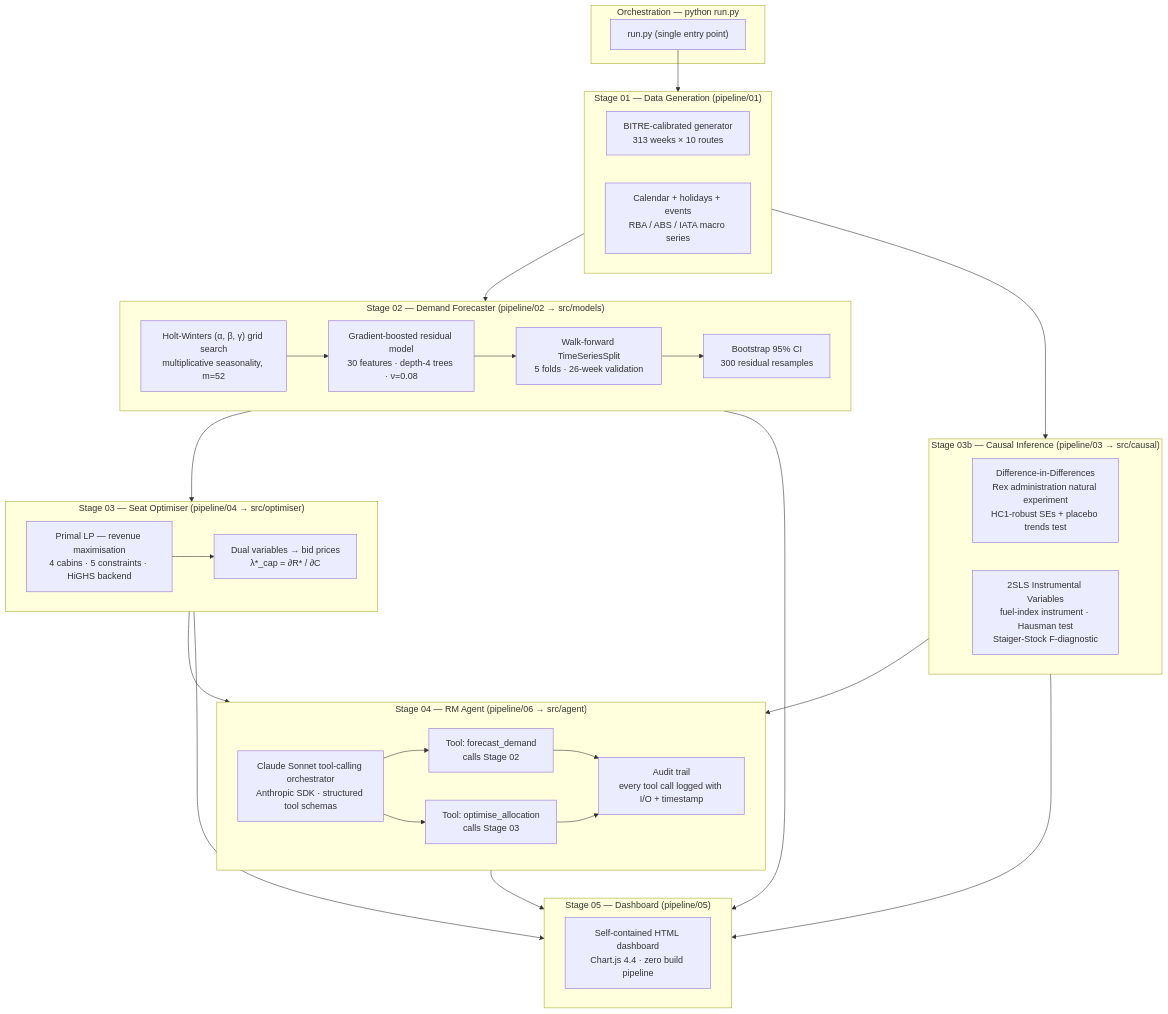
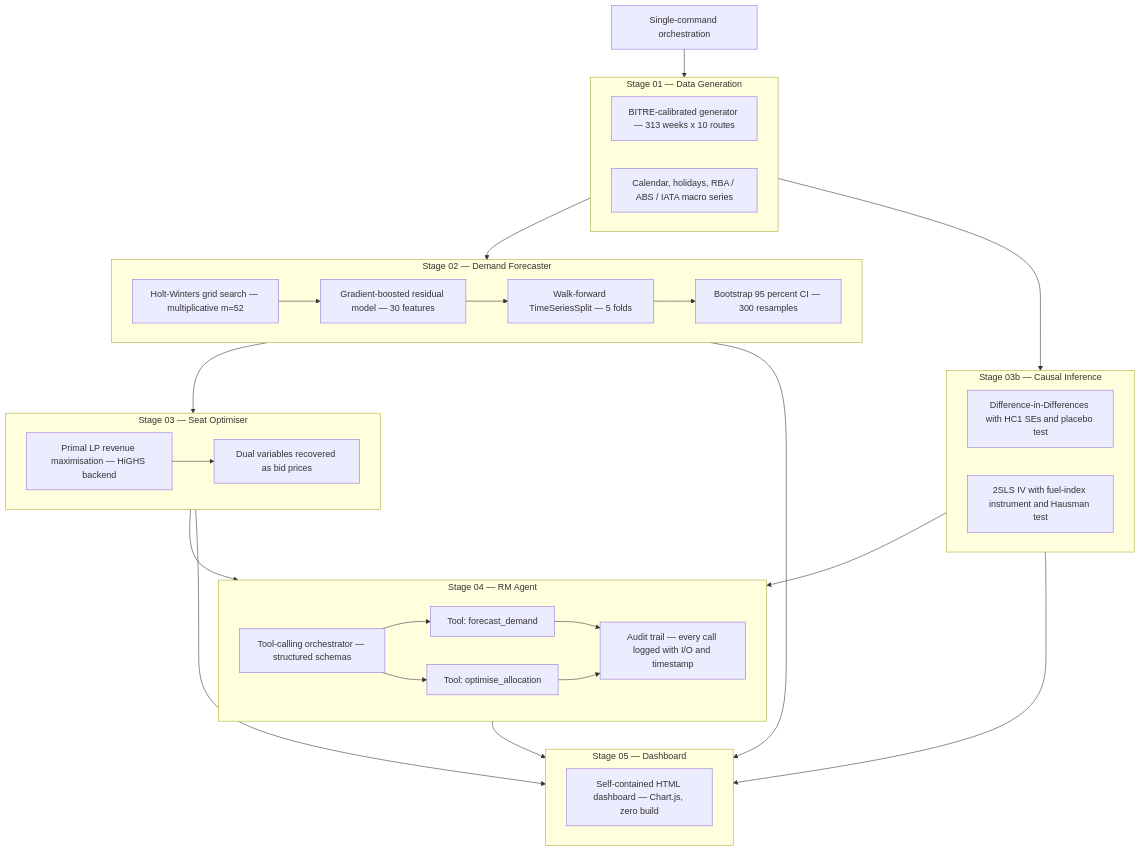
One commit to RameshSTA/apex changed the first of 3 diagrams in README.md. Above: the diagram before and after it, drawn with Mermaid. The commit also changed other lines of this file, not shown here.

Commit message:
docs: fix mermaid rendering and polish README

````diff
--- a/README.md
+++ b/README.md
@@ -156,52 +156,54 @@
 ```mermaid
 graph TB
-    subgraph PIPELINE["Orchestration — python run.py"]
-        RUN["run.py (single entry point)"]
+    RUN["Single-command orchestration"]
+
+    subgraph DATA["Stage 01 — Data Generation"]
+        GEN["BITRE-calibrated generator — 313 weeks x 10 routes"]
+        CAL["Calendar, holidays, RBA / ABS / IATA macro series"]
     end
 
-    subgraph DATA["Stage 01 — Data Generation (pipeline/01)"]
-        GEN["BITRE-calibrated generator<br/>313 weeks × 10 routes"]
-        CAL["Calendar + holidays + events<br/>RBA / ABS / IATA macro series"]
-    end
-
-    subgraph ML["Stage 02 — Demand Forecaster (pipeline/02 → src/models)"]
-        HW["Holt-Winters (α, β, γ) grid search<br/>multiplicative seasonality, m=52"]
-        GBT["Gradient-boosted residual model<br/>30 features · depth-4 trees · ν=0.08"]
-        CV["Walk-forward TimeSeriesSplit<br/>5 folds · 26-week validation"]
-        BOOT["Bootstrap 95% CI<br/>300 residual resamples"]
+    subgraph ML["Stage 02 — Demand Forecaster"]
+        HW["Holt-Winters grid search — multiplicative m=52"]
+        GBT["Gradient-boosted residual model — 30 features"]
+        CV["Walk-forward TimeSeriesSplit — 5 folds"]
+        BOOT["Bootstrap 95 percent CI — 300 resamples"]
         HW --> GBT --> CV --> BOOT
     end
 
-    subgraph OPT["Stage 03 — Seat Optimiser (pipeline/04 → src/optimiser)"]
-        LP["Primal LP — revenue maximisation<br/>4 cabins · 5 constraints · HiGHS backend"]
-        DUAL["Dual variables → bid prices<br/>λ*_cap = ∂R* / ∂C"]
+    subgraph OPT["Stage 03 — Seat Optimiser"]
+        LP["Primal LP revenue maximisation — HiGHS backend"]
+        DUAL["Dual variables recovered as bid prices"]
         LP --> DUAL
     end
 
-    subgraph CI["Stage 03b — Causal Inference (pipeline/03 → src/causal)"]
-        DID["Difference-in-Differences<br/>Rex administration natural experiment<br/>HC1-robust SEs + placebo trends test"]
-        IV["2SLS Instrumental Variables<br/>fuel-index instrument · Hausman test<br/>Staiger-Stock F-diagnostic"]
+    subgraph CI["Stage 03b — Causal Inference"]
+        DID["Difference-in-Differences with HC1 SEs and placebo test"]
+        IV["2SLS IV with fuel-index instrument and Hausman test"]
     end
 
-    subgraph AGT["Stage 04 — RM Agent (pipeline/06 → src/agent)"]
-        SON["Claude Sonnet tool-calling orchestrator<br/>Anthropic SDK · structured tool schemas"]
-        T1["Tool: forecast_demand<br/>calls Stage 02"]
-        T2["Tool: optimise_allocation<br/>calls Stage 03"]
-        LOG["Audit trail<br/>every tool call logged with I/O + timestamp"]
-        SON --> T1 & T2 --> LOG
+    subgraph AGT["Stage 04 — RM Agent"]
+        SON["Tool-calling orchestrator — structured schemas"]
+        T1["Tool: forecast_demand"]
+        T2["Tool: optimise_allocation"]
+        LOG["Audit trail — every call logged with I/O and timestamp"]
+        SON --> T1
+        SON --> T2
+        T1 --> LOG
+        T2 --> LOG
     end
 
-    subgraph DASH["Stage 05 — Dashboard (pipeline/05)"]
-        HTML["Self-contained HTML dashboard<br/>Chart.js 4.4 · zero build pipeline"]
+    subgraph DASH["Stage 05 — Dashboard"]
+        HTML["Self-contained HTML dashboard — Chart.js, zero build"]
     end
 
     RUN --> DATA
-    DATA --> ML & CI
+    DATA --> ML
+    DATA --> CI
     ML --> OPT
     OPT --> AGT
     CI --> AGT
     AGT --> DASH
     ML --> DASH
     OPT --> DASH
     CI --> DASH
 ```
````
